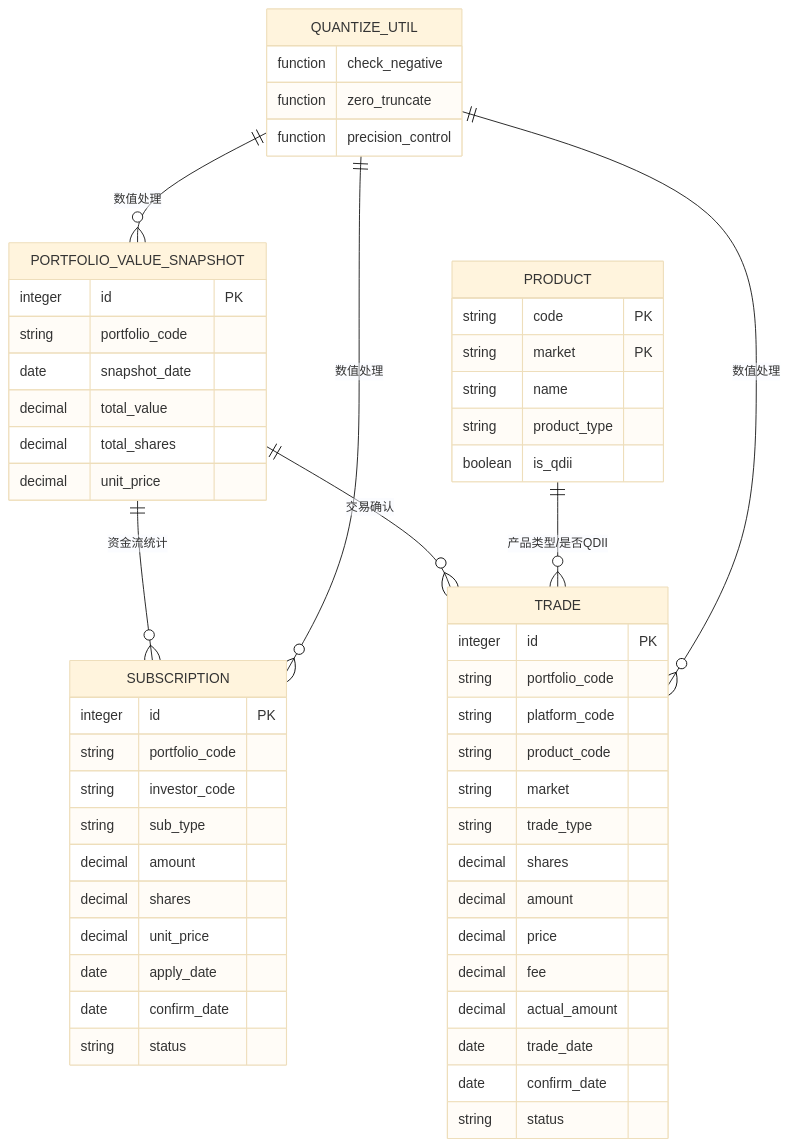
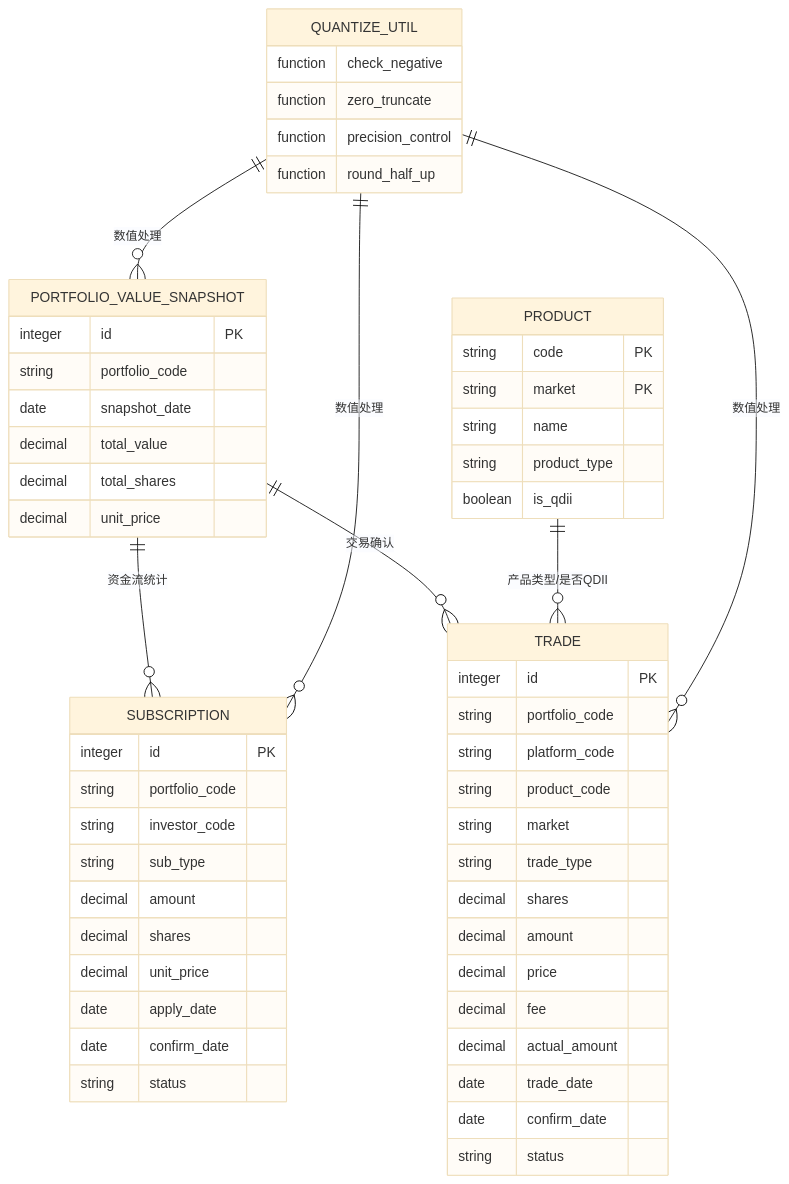
The ninth of 9 diagrams in .qoder/repowiki/zh/content/数据库设计/核心计算公式.md (gujialind/InvestRing), drawn with Mermaid (base theme) before and after one commit. The commit also changed other lines of this file and 32 other files, not shown here.

````diff
--- a/.qoder/repowiki/zh/content/数据库设计/核心计算公式.md
+++ b/.qoder/repowiki/zh/content/数据库设计/核心计算公式.md
@@ -375,57 +382,58 @@
 ```mermaid
 erDiagram
 PORTFOLIO_VALUE_SNAPSHOT {
 integer id PK
 string portfolio_code
 date snapshot_date
 decimal total_value
 decimal total_shares
 decimal unit_price
 }
 SUBSCRIPTION {
 integer id PK
 string portfolio_code
 string investor_code
 string sub_type
 decimal amount
 decimal shares
 decimal unit_price
 date apply_date
 date confirm_date
 string status
 }
 TRADE {
 integer id PK
 string portfolio_code
 string platform_code
 string product_code
 string market
 string trade_type
 decimal shares
 decimal amount
 decimal price
 decimal fee
 decimal actual_amount
 date trade_date
 date confirm_date
 string status
 }
 PRODUCT {
 string code PK
 string market PK
 string name
 string product_type
 boolean is_qdii
 }
 QUANTIZE_UTIL {
 function check_negative
 function zero_truncate
 function precision_control
+function round_half_up
 }
 PORTFOLIO_VALUE_SNAPSHOT ||--o{ SUBSCRIPTION : "资金流统计"
 PORTFOLIO_VALUE_SNAPSHOT ||--o{ TRADE : "交易确认"
 PRODUCT ||--o{ TRADE : "产品类型/是否QDII"
 QUANTIZE_UTIL ||--o{ PORTFOLIO_VALUE_SNAPSHOT : "数值处理"
 QUANTIZE_UTIL ||--o{ SUBSCRIPTION : "数值处理"
 QUANTIZE_UTIL ||--o{ TRADE : "数值处理"
 ```
````
